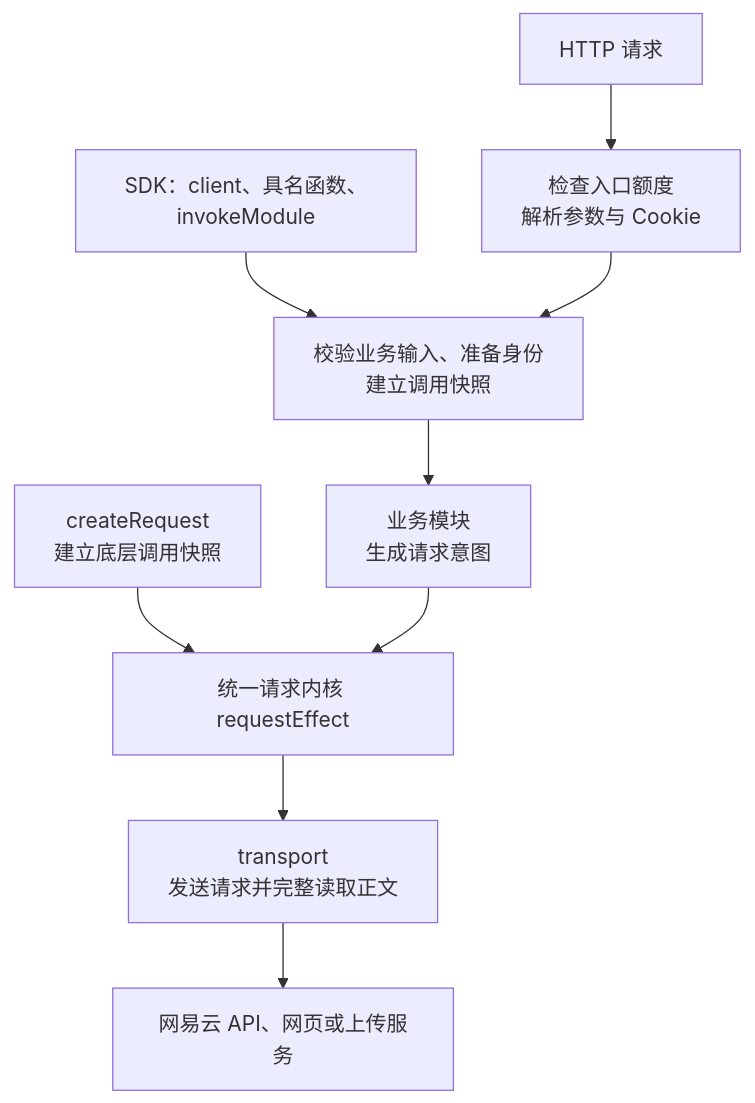
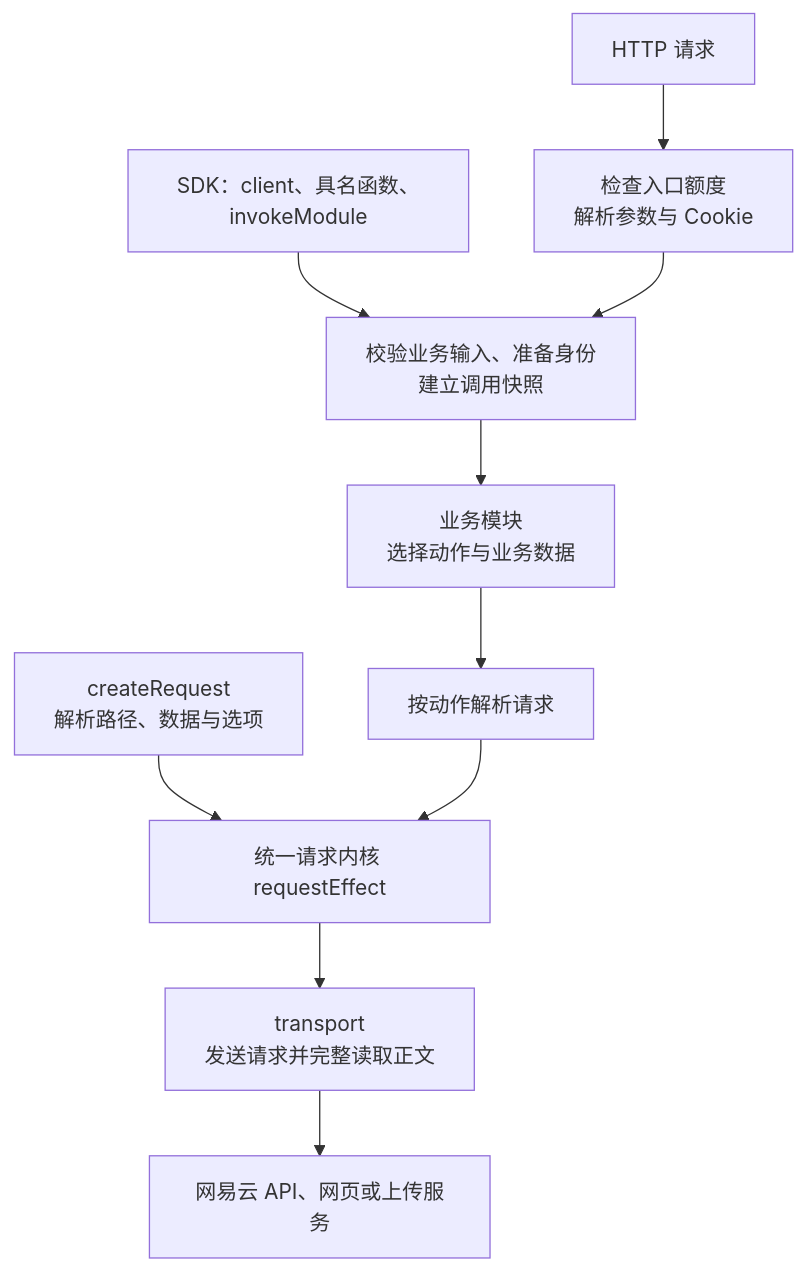
The first of 5 diagrams in website/guide/request-layer-overview.md (nonhana/hana-music-api), drawn with Mermaid before and after one commit. The commit also changed other lines of this file and 604 other files, not shown here.

````diff
--- a/website/guide/request-layer-overview.md
+++ b/website/guide/request-layer-overview.md
@@ -11,11 +11,12 @@
 ```mermaid
 flowchart TD
   SDK["SDK：client、具名函数、invokeModule"] --> CALL["校验业务输入、准备身份<br/>建立调用快照"]
   HTTP["HTTP 请求"] --> EDGE["检查入口额度<br/>解析参数与 Cookie"]
   EDGE --> CALL
-  CALL --> MODULE["业务模块<br/>生成请求意图"]
-  DIRECT["createRequest<br/>建立底层调用快照"] --> CORE["统一请求内核 requestEffect"]
-  MODULE --> CORE
+  CALL --> MODULE["业务模块<br/>选择动作与业务数据"]
+  DIRECT["createRequest<br/>解析路径、数据与选项"] --> CORE["统一请求内核 requestEffect"]
+  MODULE --> BIND["按动作解析请求"]
+  BIND --> CORE
   CORE --> TRANSPORT["transport<br/>发送请求并完整读取正文"]
   TRANSPORT --> UPSTREAM["网易云 API、网页或上传服务"]
 ```
````
